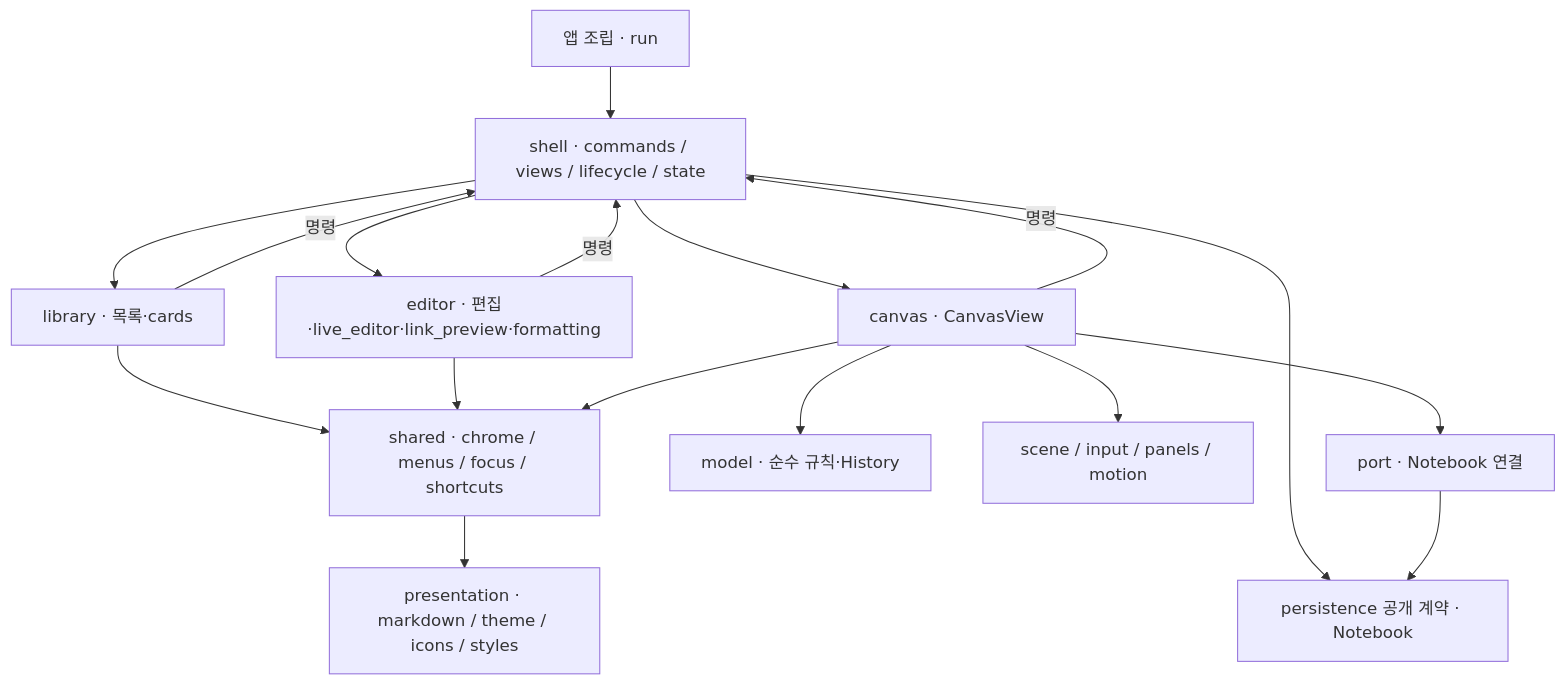
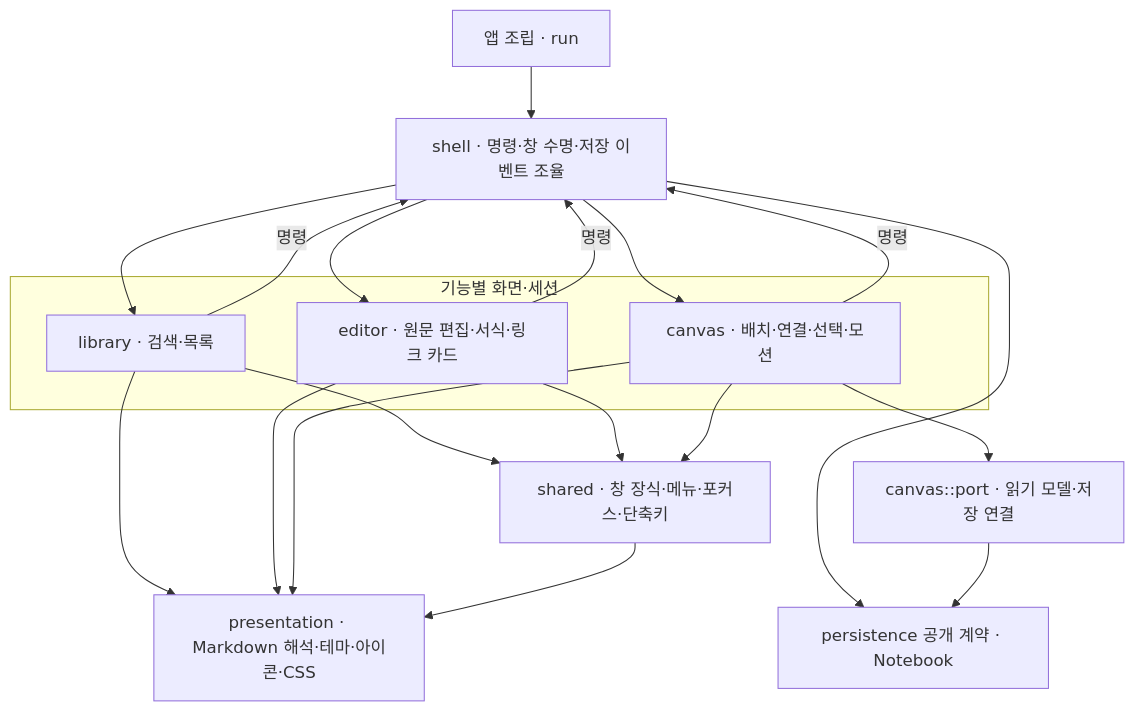
One commit to pollux-o4/MemoIvy changed the diagram in docs/architecture/components/03-ui-components.md. Above: the diagram before and after it, drawn with Mermaid. The commit also changed other lines of this file and 4 other files, not shown here.

Commit message:
docs(architecture): map current frontend responsibilities and search keys

````diff
--- a/docs/architecture/components/03-ui-components.md
+++ b/docs/architecture/components/03-ui-components.md
@@ -3,19 +3,25 @@
 ```mermaid
 flowchart TB
-    run["앱 조립 · run"] --> shell["shell · commands / views / lifecycle / state"]
-    shell --> library["library · 목록·cards"]
-    shell --> editor["editor · 편집·live_editor·link_preview·formatting"]
-    shell --> canvas["canvas · CanvasView"]
+    run["앱 조립 · run"] --> shell["shell · 명령·창 수명·저장 이벤트 조율"]
+    subgraph features["기능별 화면·세션"]
+        library["library · 검색·목록"]
+        editor["editor · 원문 편집·서식·링크 카드"]
+        canvas["canvas · 배치·연결·선택·모션"]
+    end
+    shell --> library
+    shell --> editor
+    shell --> canvas
     library -->|명령| shell
     editor -->|명령| shell
     canvas -->|명령| shell
     shell --> notebook["persistence 공개 계약 · Notebook"]
-    library --> shared["shared · chrome / menus / focus / shortcuts"]
+    canvas --> port["canvas::port · 읽기 모델·저장 연결"]
+    port --> notebook
+    library --> shared["shared · 창 장식·메뉴·포커스·단축키"]
     editor --> shared
     canvas --> shared
-    canvas --> model["model · 순수 규칙·History"]
-    canvas --> parts["scene / input / panels / motion"]
-    canvas --> port["port · Notebook 연결"]
-    port --> notebook
-    shared --> visuals["presentation · markdown / theme / icons / styles"]
+    library --> presentation["presentation · Markdown 해석·테마·아이콘·CSS"]
+    editor --> presentation
+    canvas --> presentation
+    shared --> presentation
 ```
````
